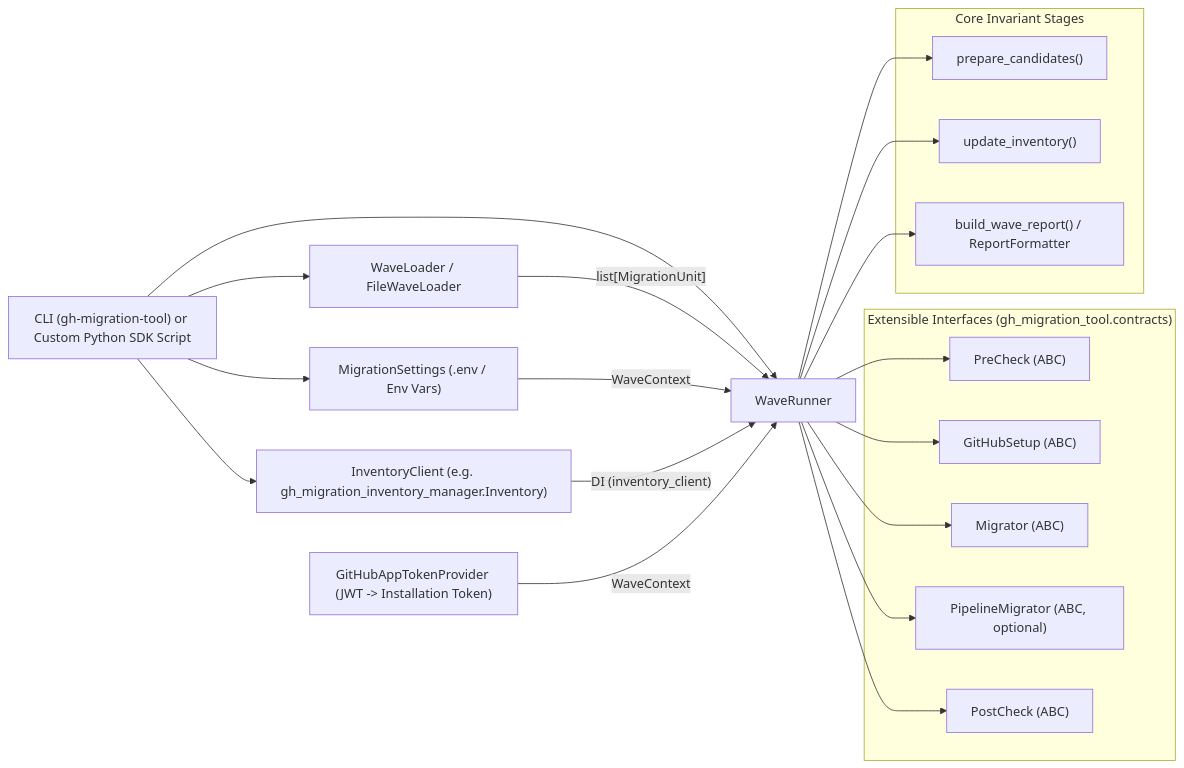
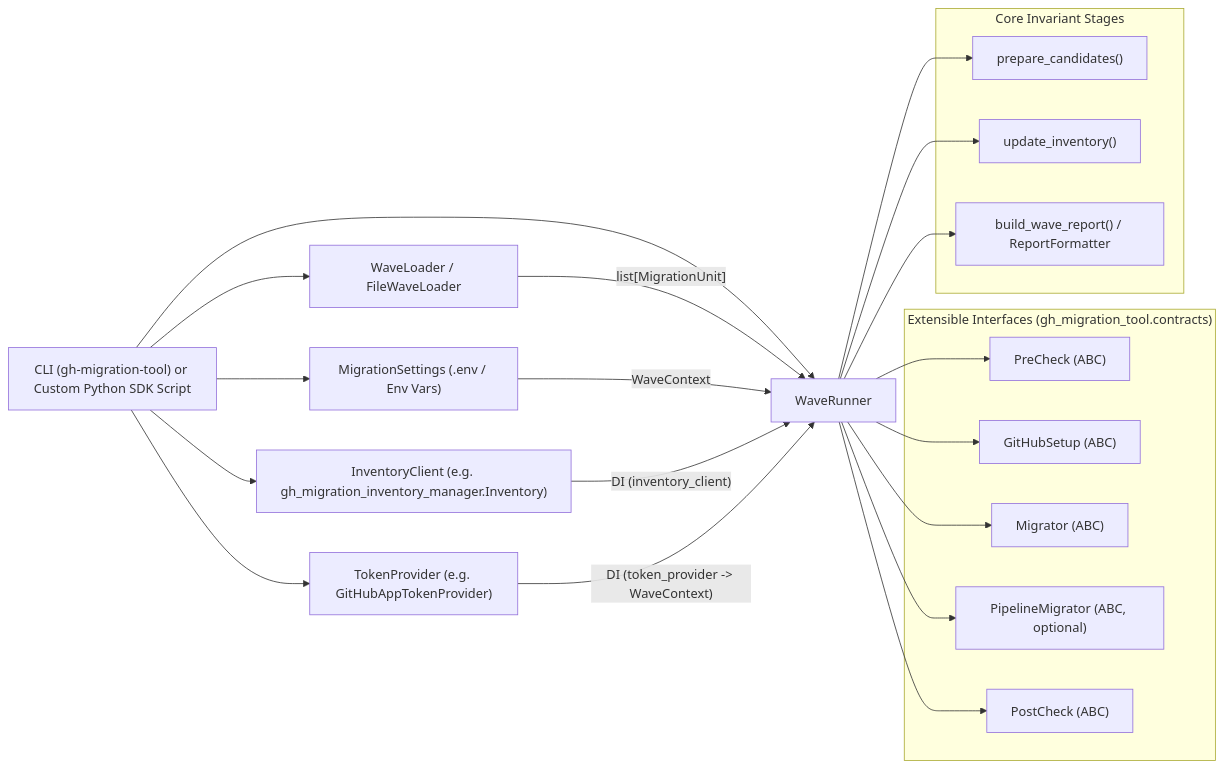
The second of 2 diagrams in README.md (ilegra/gh-migration-tool), drawn with Mermaid before and after one commit. The commit also changed other lines of this file and 6 other files, not shown here.

First line of the commit message:
refactor(auth)!: inject token provider via dependency injection

````diff
--- a/README.md
+++ b/README.md
@@ -79,35 +79,36 @@
 ```mermaid
 flowchart LR
     Caller["CLI (gh-migration-tool) or Custom Python SDK Script"] --> Loader["WaveLoader / FileWaveLoader"]
     Caller --> Settings["MigrationSettings (.env / Env Vars)"]
     Caller --> InventoryClient["InventoryClient (e.g. gh_migration_inventory_manager.Inventory)"]
+    Caller --> TokenProvider["TokenProvider (e.g. GitHubAppTokenProvider)"]
     Caller --> Runner["WaveRunner"]
 
     Loader -->|"list[MigrationUnit]"| Runner
     Settings -->|"WaveContext"| Runner
     InventoryClient -->|"DI (inventory_client)"| Runner
-    TokenProvider["GitHubAppTokenProvider (JWT -> Installation Token)"] -->|"WaveContext"| Runner
+    TokenProvider -->|"DI (token_provider -> WaveContext)"| Runner
 
     subgraph Extensible["Extensible Interfaces (gh_migration_tool.contracts)"]
         PreCheck["PreCheck (ABC)"]
         GitHubSetup["GitHubSetup (ABC)"]
         Migrator["Migrator (ABC)"]
         PipelineMigrator["PipelineMigrator (ABC, optional)"]
         PostCheck["PostCheck (ABC)"]
     end
 
     subgraph Core["Core Invariant Stages"]
         Prepare["prepare_candidates()"]
         Inventory["update_inventory()"]
         Report["build_wave_report() / ReportFormatter"]
     end
 
     Runner --> PreCheck
     Runner --> Prepare
     Runner --> GitHubSetup
     Runner --> Migrator
     Runner --> PipelineMigrator
     Runner --> PostCheck
     Runner --> Inventory
     Runner --> Report
 ```
````
